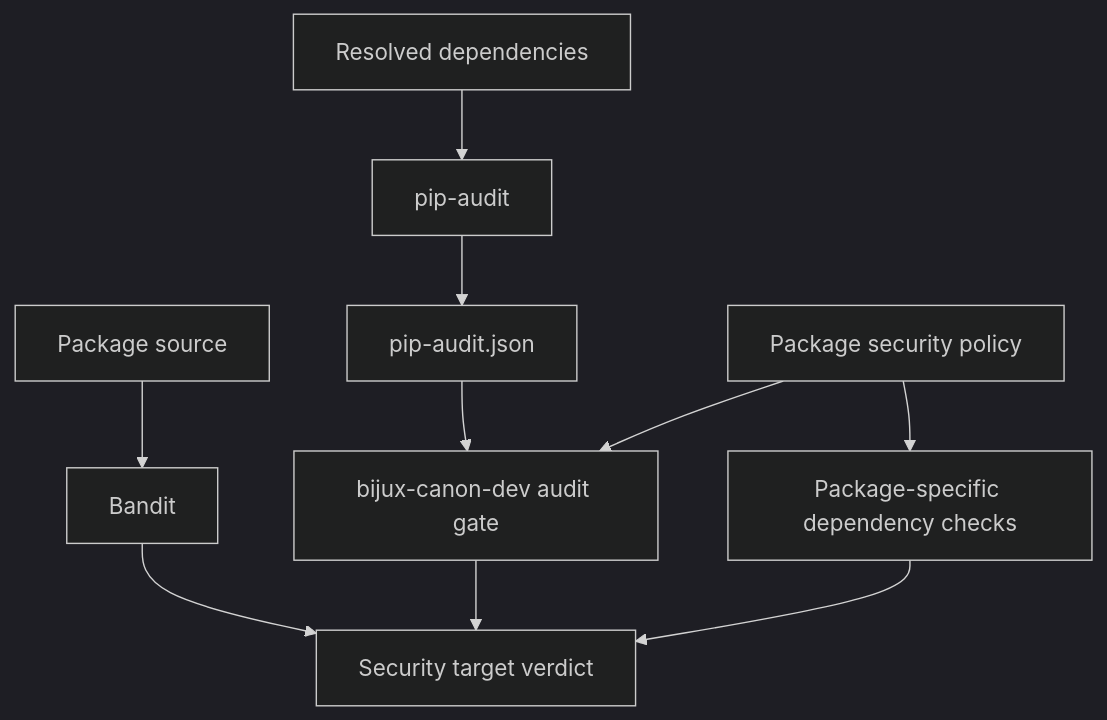
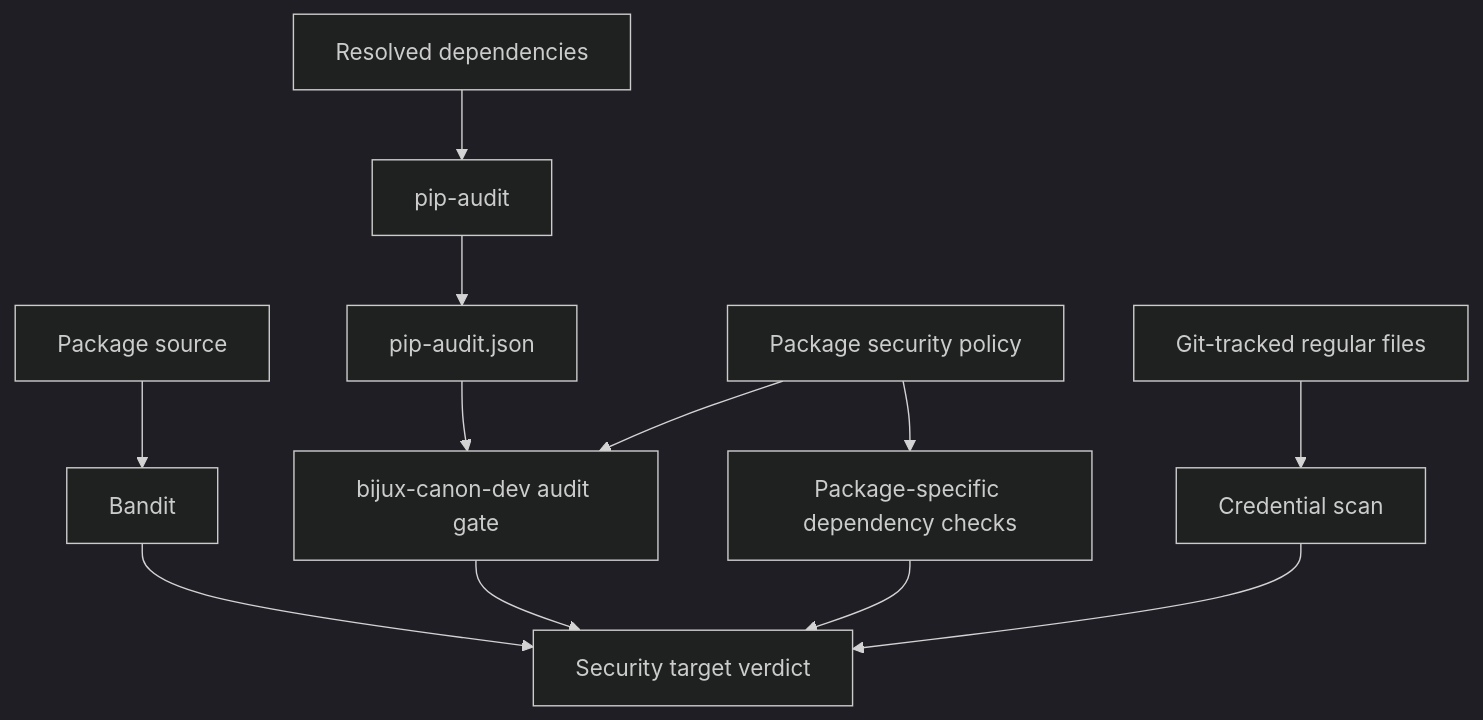
Before and after one commit to bijux/bijux-canon: the first of 2 diagrams in docs/07-bijux-canon-maintain/bijux-canon-dev/security-gates.md, drawn with Mermaid (dark theme). The commit also changed other lines of this file and 5 other files, not shown here.

Commit message:
feat(security): scan tracked source for credentials

````diff
--- a/docs/07-bijux-canon-maintain/bijux-canon-dev/security-gates.md
+++ b/docs/07-bijux-canon-maintain/bijux-canon-dev/security-gates.md
@@ -18,12 +19,14 @@
 ```mermaid
 flowchart TD
     source[Package source] --> bandit[Bandit]
     environment[Resolved dependencies] --> audit[pip-audit]
     audit --> json[pip-audit.json]
     json --> gate[bijux-canon-dev audit gate]
     profile[Package security policy] --> gate
     profile --> extras[Package-specific dependency checks]
     bandit --> verdict[Security target verdict]
     gate --> verdict
     extras --> verdict
+    tracked[Git-tracked regular files] --> secrets[Credential scan]
+    secrets --> verdict
 ```
````
